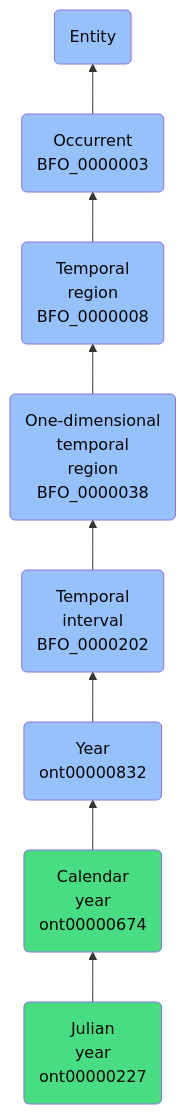
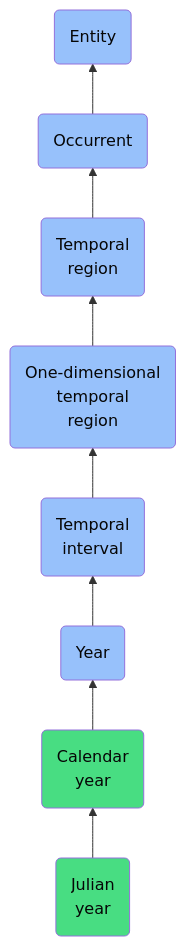
One commit to jupyter-naas/abi changed the diagram in docs/ontology/reference/model/Entity/Occurrent/Temporal region/One-dimensional temporal region/Temporal interval/Year/Calendar year/Julian year/Julian year.md. Above: the diagram before and after it, drawn with Mermaid. The commit also changed other lines of this file and 1430 other files, not shown here.

````diff
--- a/docs/ontology/reference/model/Entity/Occurrent/Temporal region/One-dimensional temporal region/Temporal interval/Year/Calendar year/Julian year/Julian year.md
+++ b/docs/ontology/reference/model/Entity/Occurrent/Temporal region/One-dimensional temporal region/Temporal interval/Year/Calendar year/Julian year/Julian year.md
@@ -24,15 +24,15 @@
 ```mermaid
 graph BT
-    ont00000227(Julian<br>year<br>ont00000227):::ABI-->ont00000674
-    ont00000674(Calendar<br>year<br>ont00000674):::ABI-->ont00000832
-    ont00000832(Year<br>ont00000832):::BFO-->BFO_0000202
-    BFO_0000202(Temporal<br>interval<br>BFO_0000202):::BFO-->BFO_0000038
-    BFO_0000038(One-dimensional<br>temporal<br>region<br>BFO_0000038):::BFO-->BFO_0000008
-    BFO_0000008(Temporal<br>region<br>BFO_0000008):::BFO-->BFO_0000003
-    BFO_0000003(Occurrent<br>BFO_0000003):::BFO-->BFO_0000001
+    ont00000227(Julian<br>year):::ABI-->ont00000674
+    ont00000674(Calendar<br>year):::ABI-->ont00000832
+    ont00000832(Year):::BFO-->BFO_0000202
+    BFO_0000202(Temporal<br>interval):::BFO-->BFO_0000038
+    BFO_0000038(One-dimensional<br>temporal<br>region):::BFO-->BFO_0000008
+    BFO_0000008(Temporal<br>region):::BFO-->BFO_0000003
+    BFO_0000003(Occurrent):::BFO-->BFO_0000001
     BFO_0000001(Entity):::BFO
     
     classDef BFO fill:#97c1fb,color:#060606
     classDef CCO fill:#e4c51e,color:#060606
     classDef ABI fill:#48DD82,color:#060606
 ```
````
